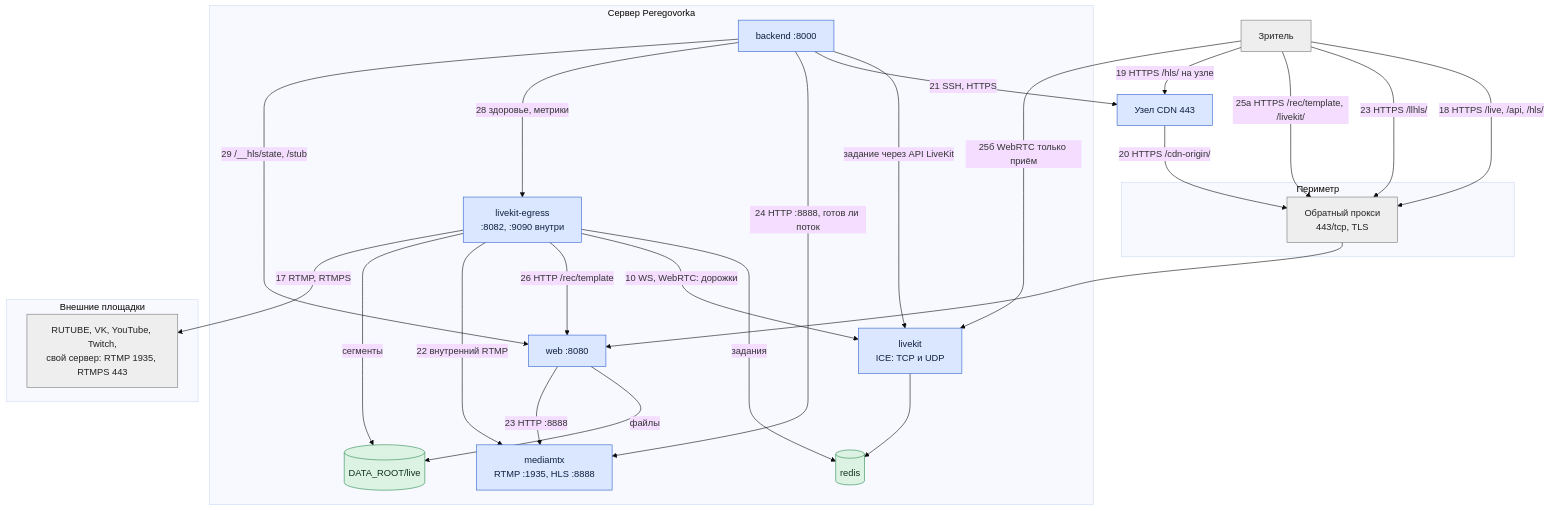
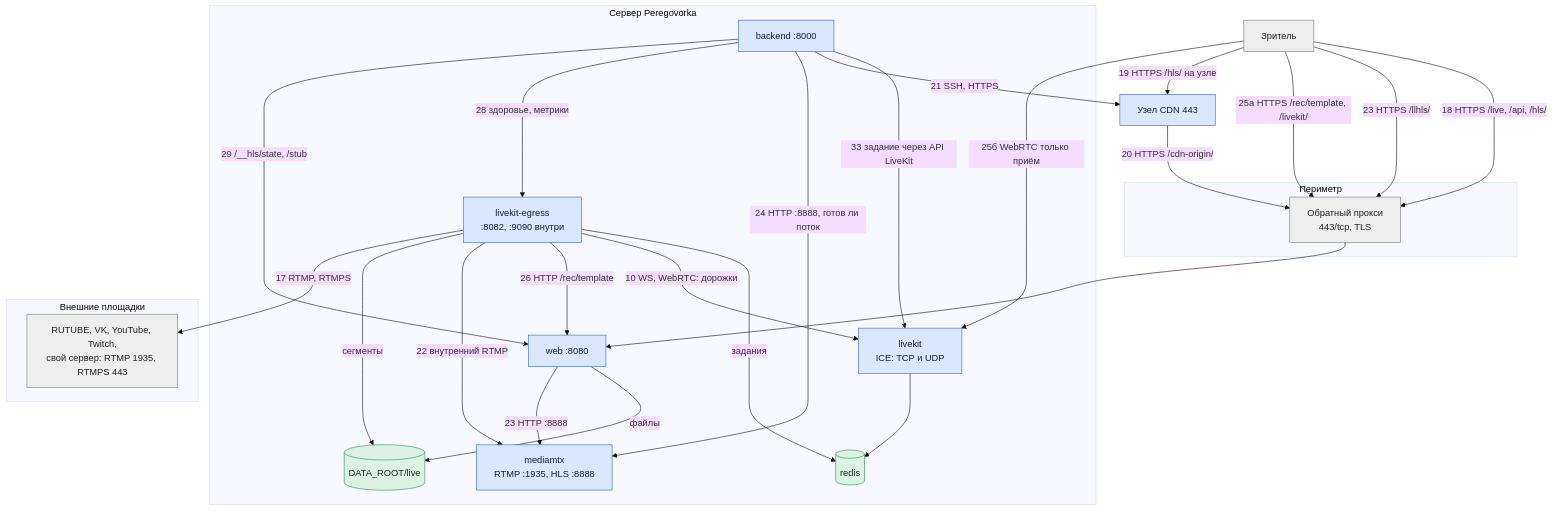
One commit to calleograph/peregovorka changed the second of 3 diagrams in wiki/Архитектура-Сетевые-потоки.md. Above: the diagram before and after it, drawn with Mermaid (base theme). The commit also changed other lines of this file and 73 other files, not shown here.

````diff
--- a/wiki/Архитектура-Сетевые-потоки.md
+++ b/wiki/Архитектура-Сетевые-потоки.md
@@ -62,44 +64,44 @@
 ```mermaid
 flowchart TB
   V["Зритель"]:::ext
   subgraph DMZ["Периметр"]
     RP["Обратный прокси<br/>443/tcp, TLS"]:::ext
   end
   subgraph SRV["Сервер Peregovorka"]
     W["web :8080"]:::own
     B["backend :8000"]:::own
     LK["livekit<br/>ICE: TCP и UDP"]:::own
     E["livekit-egress<br/>:8082, :9090 внутри"]:::own
     M["mediamtx<br/>RTMP :1935, HLS :8888"]:::own
     F[("DATA_ROOT/live")]:::data
     R[("redis")]:::data
   end
   subgraph EXT["Внешние площадки"]
     RT["RUTUBE, VK, YouTube, Twitch,<br/>свой сервер: RTMP 1935, RTMPS 443"]:::ext
   end
   CDN["Узел CDN 443"]:::own
-  B -->|"задание через API LiveKit"| LK
+  B -->|"33 задание через API LiveKit"| LK
   LK --> R
   E -->|"задания"| R
   E -->|"10 WS, WebRTC: дорожки"| LK
   E -->|"26 HTTP /rec/template"| W
   E -->|"22 внутренний RTMP"| M
   E -->|"сегменты"| F
   E -->|"17 RTMP, RTMPS"| RT
   V -->|"18 HTTPS /live, /api, /hls/"| RP
   V -->|"23 HTTPS /llhls/"| RP
   V -->|"25а HTTPS /rec/template, /livekit/"| RP
   V -->|"25б WebRTC только приём"| LK
   V -->|"19 HTTPS /hls/ на узле"| CDN
   RP --> W
   W -->|"файлы"| F
   W -->|"23 HTTP :8888"| M
   CDN -->|"20 HTTPS /cdn-origin/"| RP
   B -->|"21 SSH, HTTPS"| CDN
   B -->|"24 HTTP :8888, готов ли поток"| M
   B -->|"28 здоровье, метрики"| E
   B -->|"29 /__hls/state, /stub"| W
   classDef own fill:#dbe7ff,stroke:#2f5fd0,color:#10203f
   classDef data fill:#dcf3e3,stroke:#2b8a4e,color:#10301c
   classDef ext fill:#eee,stroke:#777,color:#222
 ```
````
